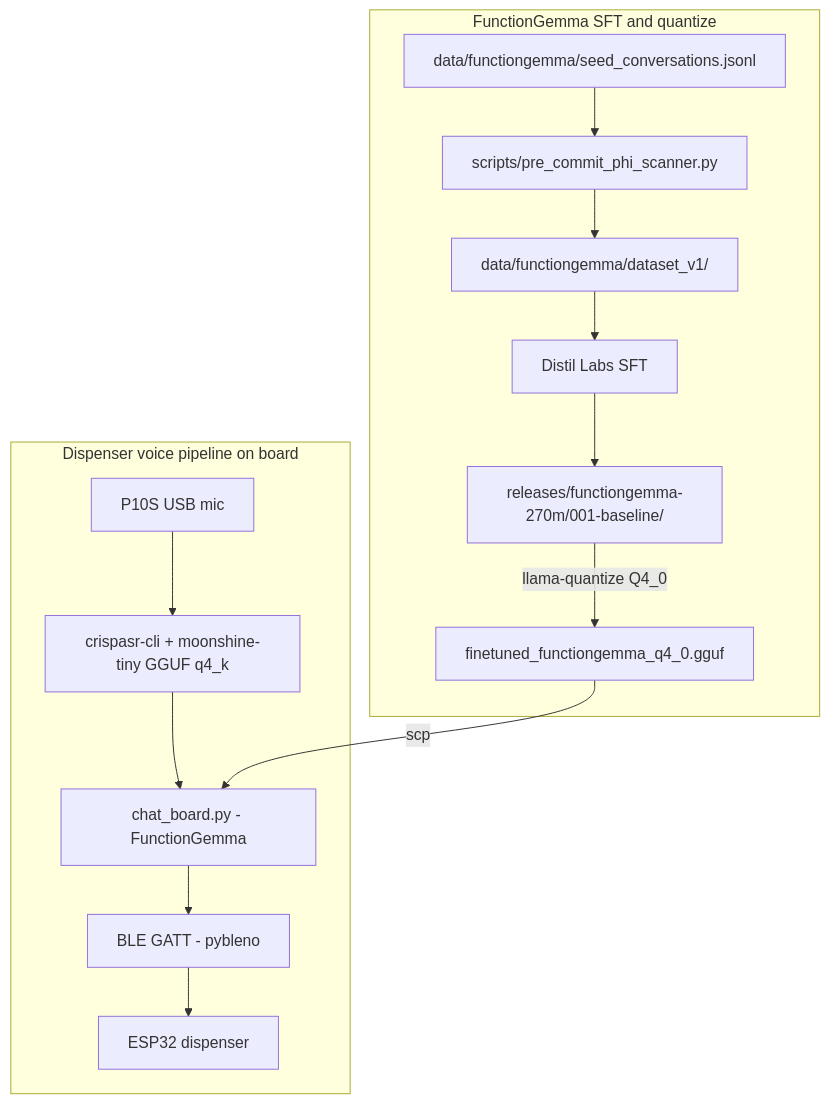
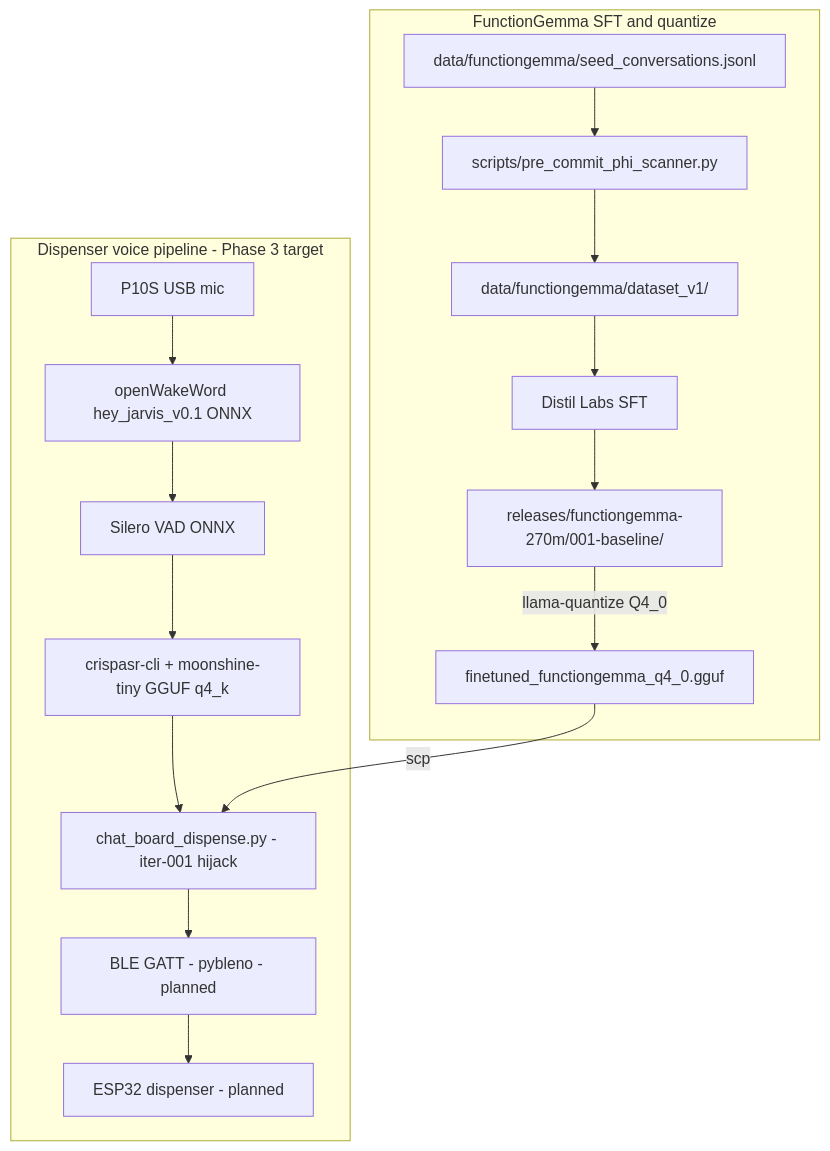
Before and after one commit to lanhp-vn/SL2619-EdgeAI-FunctionGemma-270M-int4-health-tools: the first of 2 diagrams in CLAUDE.md, drawn with Mermaid. The commit also changed other lines of this file and 10 other files, not shown here.

First line of the commit message:
Add TTS rendering script and dispense intent wrapper for FunctionGemma

````diff
--- a/CLAUDE.md
+++ b/CLAUDE.md
@@ -30,22 +24,24 @@
 ```mermaid
 flowchart TB
     subgraph FG[FunctionGemma SFT and quantize]
         SEEDS[data/functiongemma/seed_conversations.jsonl]
         PHI[scripts/pre_commit_phi_scanner.py]
         SPLITS[data/functiongemma/dataset_v1/]
         DISTIL[Distil Labs SFT]
         REL[releases/functiongemma-270m/001-baseline/]
         GGUF[finetuned_functiongemma_q4_0.gguf]
         SEEDS --> PHI --> SPLITS --> DISTIL --> REL
         REL -- llama-quantize Q4_0 --> GGUF
     end
-    subgraph DD[Dispenser voice pipeline on board]
+    subgraph DD[Dispenser voice pipeline - Phase 3 target]
         MIC[P10S USB mic]
+        WAKE[openWakeWord hey_jarvis_v0.1 ONNX]
+        VAD[Silero VAD ONNX]
         STT[crispasr-cli + moonshine-tiny GGUF q4_k]
-        BRAIN[chat_board.py - FunctionGemma]
-        BLE[BLE GATT - pybleno]
-        ESP[ESP32 dispenser]
-        MIC --> STT --> BRAIN --> BLE --> ESP
+        BRAIN[chat_board_dispense.py - iter-001 hijack]
+        BLE[BLE GATT - pybleno - planned]
+        ESP[ESP32 dispenser - planned]
+        MIC --> WAKE --> VAD --> STT --> BRAIN --> BLE --> ESP
     end
     GGUF -- scp --> BRAIN
 ```
````
